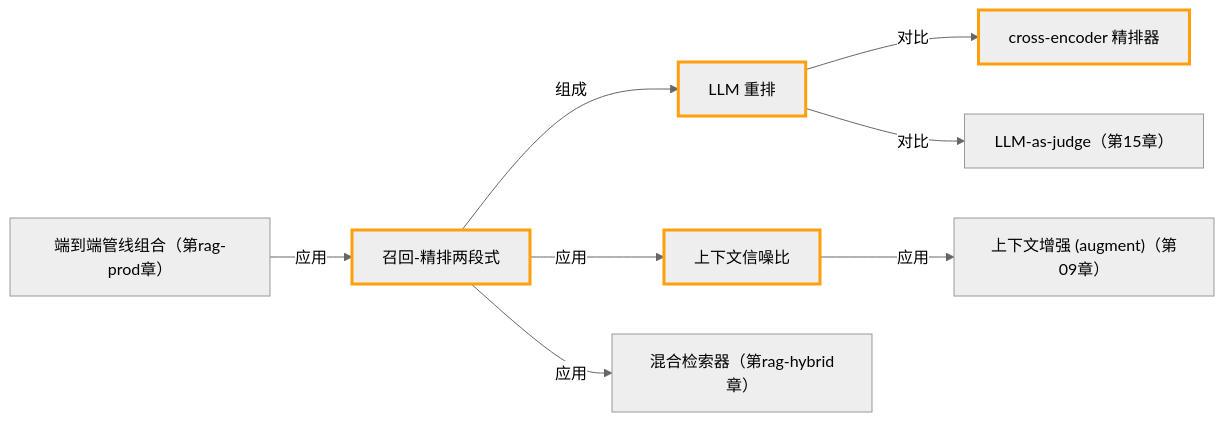
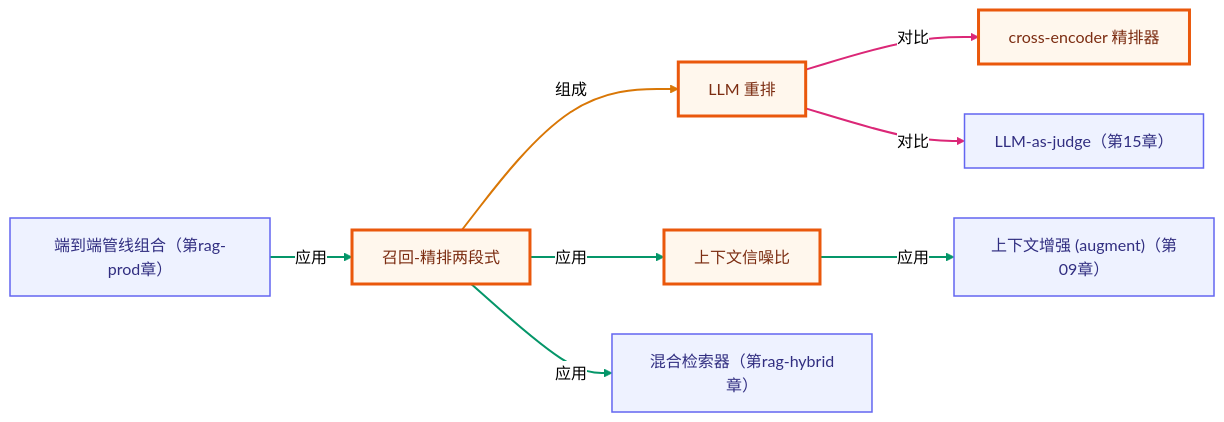
Before and after one commit to songuu/agent: the second of 2 diagrams in rag-advanced/03-reranking/README.md, drawn with Mermaid (neutral theme). The commit also changed other lines of this file and 72 other files, not shown here.

````diff
--- a/rag-advanced/03-reranking/README.md
+++ b/rag-advanced/03-reranking/README.md
@@ -147,22 +149,29 @@
 ```mermaid
 graph LR
+  classDef own fill:#fff7ed,stroke:#ea580c,stroke-width:3px,color:#7c2d12;
+  classDef cross fill:#eef2ff,stroke:#6366f1,stroke-width:1.5px,color:#312e81;
   n_cragrerank_recall_precision["召回-精排两段式"]
   n_cragrerank_llm_rerank["LLM 重排"]
   n_cragrerank_signal_to_noise["上下文信噪比"]
   n_cragrerank_cross_encoder["cross-encoder 精排器"]
   n_craghybrid_retriever["混合检索器（第rag-hybrid章）"]
   n_cragprod_pipeline_compose["端到端管线组合（第rag-prod章）"]
   n_c09_augment_prompt["上下文增强 (augment)（第09章）"]
   n_c15_llm_judge["LLM-as-judge（第15章）"]
   n_cragrerank_recall_precision -->|组成| n_cragrerank_llm_rerank
   n_cragrerank_recall_precision -->|应用| n_cragrerank_signal_to_noise
   n_cragrerank_llm_rerank -->|对比| n_cragrerank_cross_encoder
   n_cragrerank_recall_precision -->|应用| n_craghybrid_retriever
   n_cragprod_pipeline_compose -->|应用| n_cragrerank_recall_precision
   n_cragrerank_signal_to_noise -->|应用| n_c09_augment_prompt
   n_cragrerank_llm_rerank -->|对比| n_c15_llm_judge
-  style n_cragrerank_recall_precision stroke:#ff9f0a,stroke-width:3px
-  style n_cragrerank_llm_rerank stroke:#ff9f0a,stroke-width:3px
-  style n_cragrerank_signal_to_noise stroke:#ff9f0a,stroke-width:3px
-  style n_cragrerank_cross_encoder stroke:#ff9f0a,stroke-width:3px
+  class n_cragrerank_recall_precision,n_cragrerank_llm_rerank,n_cragrerank_signal_to_noise,n_cragrerank_cross_encoder own;
+  class n_craghybrid_retriever,n_cragprod_pipeline_compose,n_c09_augment_prompt,n_c15_llm_judge cross;
+  linkStyle 0 stroke:#d97706,stroke-width:2px;
+  linkStyle 1 stroke:#059669,stroke-width:2px;
+  linkStyle 2 stroke:#db2777,stroke-width:2px;
+  linkStyle 3 stroke:#059669,stroke-width:2px;
+  linkStyle 4 stroke:#059669,stroke-width:2px;
+  linkStyle 5 stroke:#059669,stroke-width:2px;
+  linkStyle 6 stroke:#db2777,stroke-width:2px;
 ```
````
